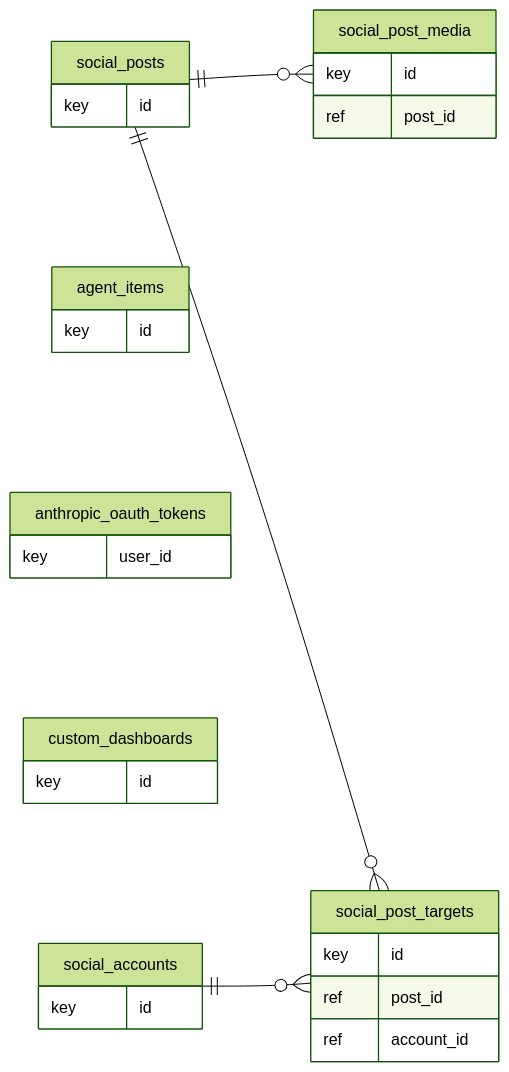
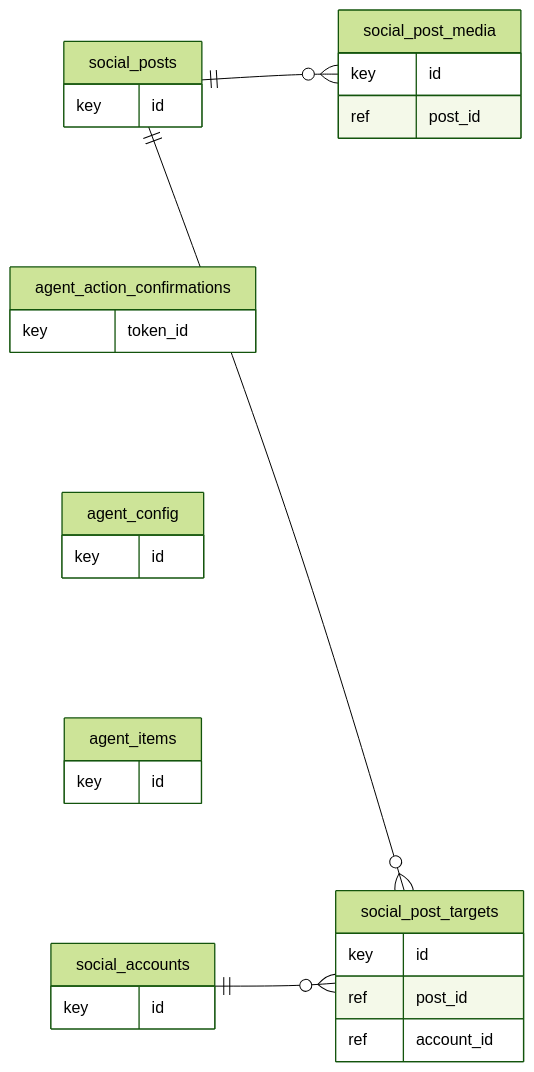
Before and after one commit to High-Performance-Structures/compass: the diagram in docs/manual/diagrams/er-workspace-5.mmd, drawn with Mermaid (forest theme). The commit also changed 27 other files, not shown here.

```diff
--- a/docs/manual/diagrams/er-workspace-5.mmd
+++ b/docs/manual/diagrams/er-workspace-5.mmd
@@ -1,29 +1,29 @@
 erDiagram
   direction LR
   social_post_media {
     key id
     ref post_id
   }
   social_post_targets {
     key id
     ref post_id
     ref account_id
   }
   social_posts {
     key id
   }
-  agent_items {
+  agent_action_confirmations {
+    key token_id
+  }
+  agent_config {
     key id
   }
-  anthropic_oauth_tokens {
-    key user_id
-  }
-  custom_dashboards {
+  agent_items {
     key id
   }
   social_accounts {
     key id
   }
   social_accounts ||--o{ social_post_targets : ""
   social_posts ||--o{ social_post_media : ""
   social_posts ||--o{ social_post_targets : ""
```
